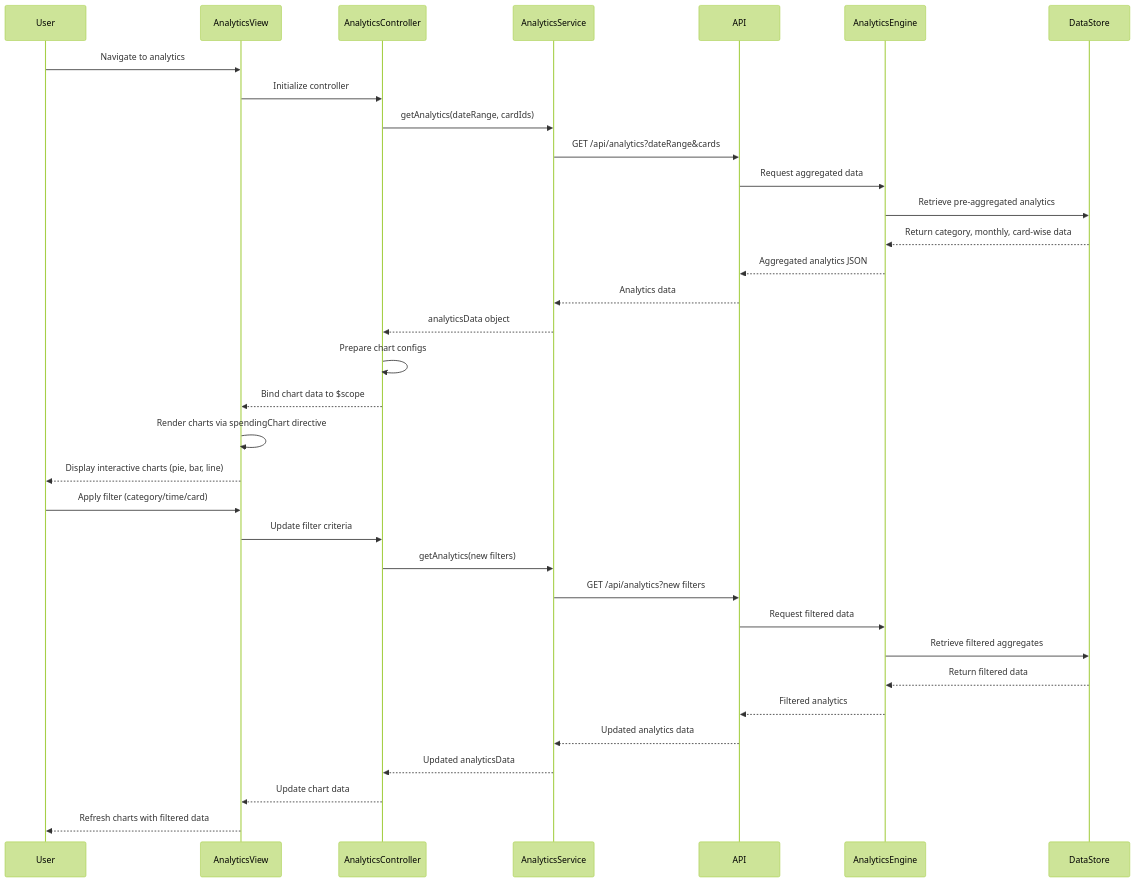
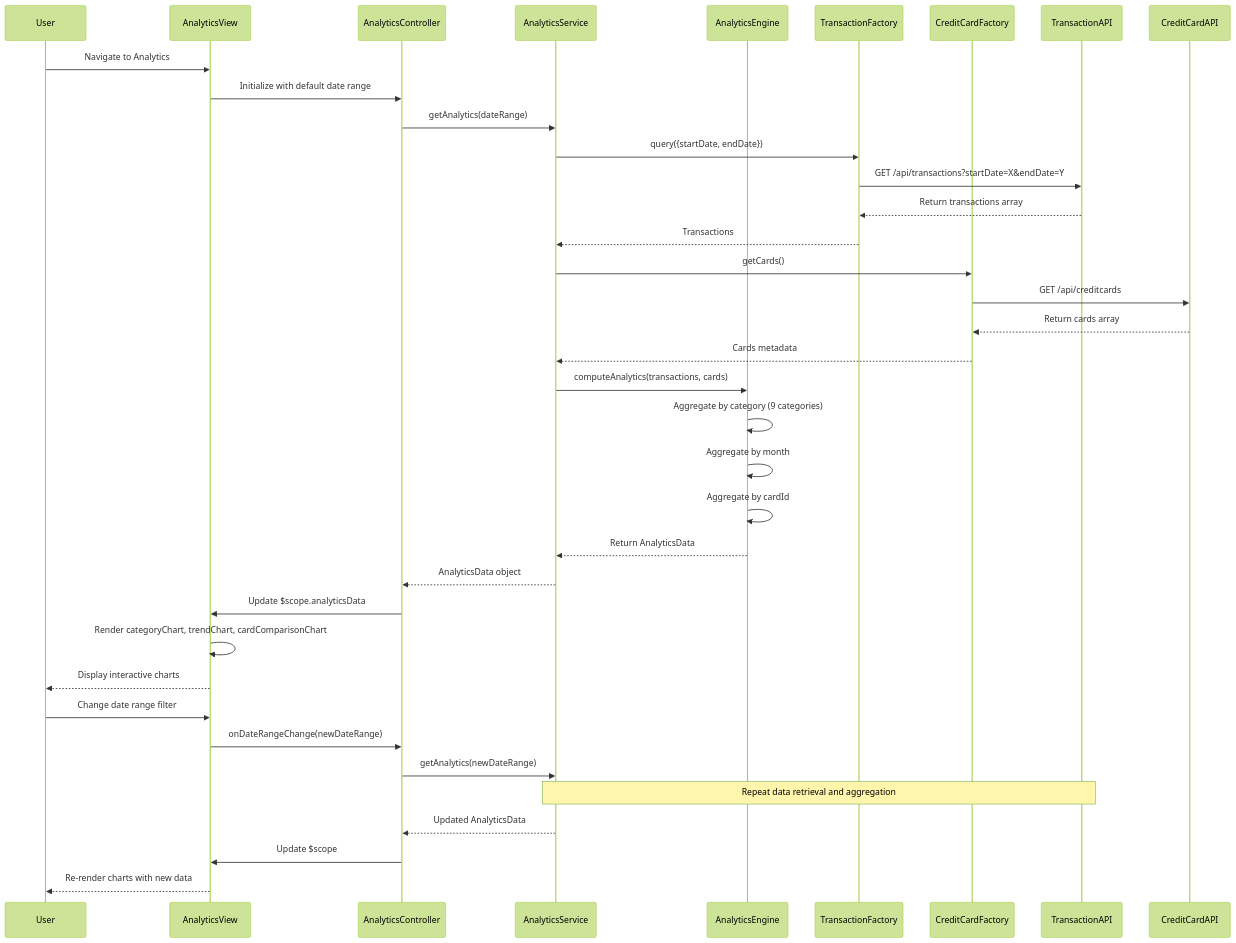
The diagram in LLD/QE-4645_LLD.md (Davamani-git/APB_Demo), drawn with Mermaid (forest theme) before and after one commit. The commit also changed other lines of this file and 2 other files, not shown here.

````diff
--- a/LLD/QE-4645_LLD.md
+++ b/LLD/QE-4645_LLD.md
@@ -108,37 +105,40 @@
 ```mermaid
 sequenceDiagram
     participant User
     participant AnalyticsView
     participant AnalyticsController
     participant AnalyticsService
-    participant API
     participant AnalyticsEngine
-    participant DataStore
+    participant TransactionFactory
+    participant CreditCardFactory
+    participant TransactionAPI
+    participant CreditCardAPI
 
-    User->>AnalyticsView: Navigate to analytics
-    AnalyticsView->>AnalyticsController: Initialize controller
-    AnalyticsController->>AnalyticsService: getAnalytics(dateRange, cardIds)
-    AnalyticsService->>API: GET /api/analytics?dateRange&cards
-    API->>AnalyticsEngine: Request aggregated data
-    AnalyticsEngine->>DataStore: Retrieve pre-aggregated analytics
-    DataStore-->>AnalyticsEngine: Return category, monthly, card-wise data
-    AnalyticsEngine-->>API: Aggregated analytics JSON
-    API-->>AnalyticsService: Analytics data
-    AnalyticsService-->>AnalyticsController: analyticsData object
-    AnalyticsController->>AnalyticsController: Prepare chart configs
-    AnalyticsController-->>AnalyticsView: Bind chart data to $scope
-    AnalyticsView->>AnalyticsView: Render charts via spendingChart directive
-    AnalyticsView-->>User: Display interactive charts (pie, bar, line)
-    User->>AnalyticsView: Apply filter (category/time/card)
-    AnalyticsView->>AnalyticsController: Update filter criteria
-    AnalyticsController->>AnalyticsService: getAnalytics(new filters)
-    AnalyticsService->>API: GET /api/analytics?new filters
-    API->>AnalyticsEngine: Request filtered data
-    AnalyticsEngine->>DataStore: Retrieve filtered aggregates
-    DataStore-->>AnalyticsEngine: Return filtered data
-    AnalyticsEngine-->>API: Filtered analytics
-    API-->>AnalyticsService: Updated analytics data
-    AnalyticsService-->>AnalyticsController: Updated analyticsData
-    AnalyticsController-->>AnalyticsView: Update chart data
-    AnalyticsView-->>User: Refresh charts with filtered data
+    User->>AnalyticsView: Navigate to Analytics
+    AnalyticsView->>AnalyticsController: Initialize with default date range
+    AnalyticsController->>AnalyticsService: getAnalytics(dateRange)
+    AnalyticsService->>TransactionFactory: query({startDate, endDate})
+    TransactionFactory->>TransactionAPI: GET /api/transactions?startDate=X&endDate=Y
+    TransactionAPI-->>TransactionFactory: Return transactions array
+    TransactionFactory-->>AnalyticsService: Transactions
+    AnalyticsService->>CreditCardFactory: getCards()
+    CreditCardFactory->>CreditCardAPI: GET /api/creditcards
+    CreditCardAPI-->>CreditCardFactory: Return cards array
+    CreditCardFactory-->>AnalyticsService: Cards metadata
+    AnalyticsService->>AnalyticsEngine: computeAnalytics(transactions, cards)
+    AnalyticsEngine->>AnalyticsEngine: Aggregate by category (9 categories)
+    AnalyticsEngine->>AnalyticsEngine: Aggregate by month
+    AnalyticsEngine->>AnalyticsEngine: Aggregate by cardId
+    AnalyticsEngine-->>AnalyticsService: Return AnalyticsData
+    AnalyticsService-->>AnalyticsController: AnalyticsData object
+    AnalyticsController->>AnalyticsView: Update $scope.analyticsData
+    AnalyticsView->>AnalyticsView: Render categoryChart, trendChart, cardComparisonChart
+    AnalyticsView-->>User: Display interactive charts
+    User->>AnalyticsView: Change date range filter
+    AnalyticsView->>AnalyticsController: onDateRangeChange(newDateRange)
+    AnalyticsController->>AnalyticsService: getAnalytics(newDateRange)
+    Note over AnalyticsService,TransactionAPI: Repeat data retrieval and aggregation
+    AnalyticsService-->>AnalyticsController: Updated AnalyticsData
+    AnalyticsController->>AnalyticsView: Update $scope
+    AnalyticsView-->>User: Re-render charts with new data
 ```
````
